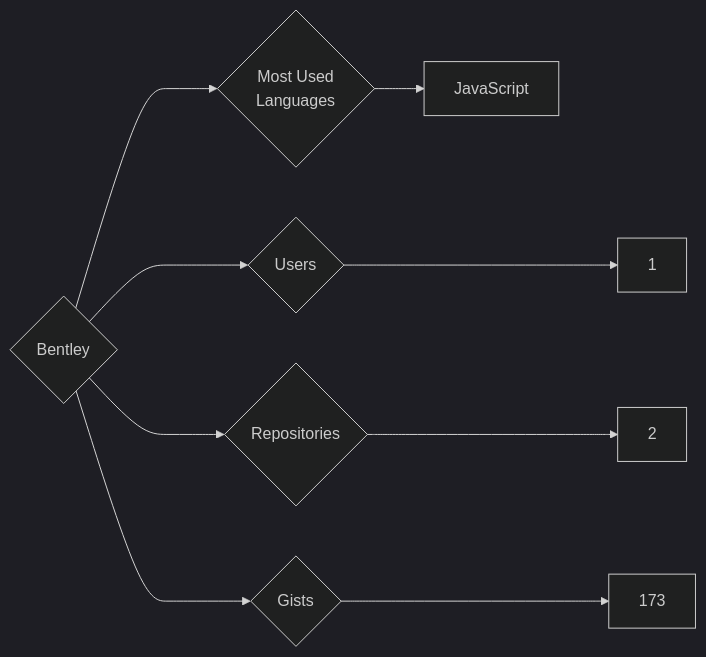
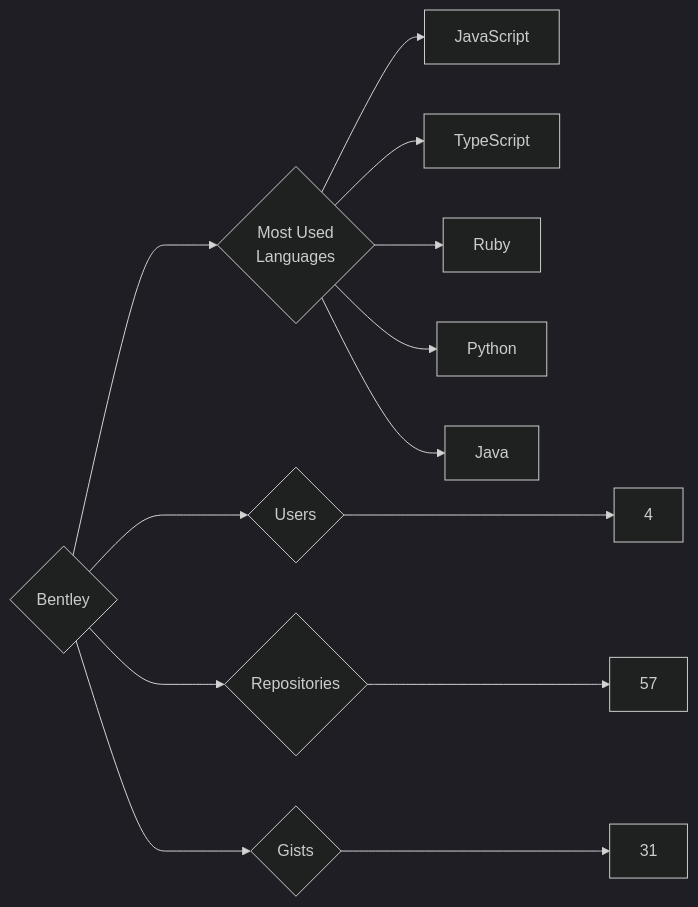
The diagram in targets/Bentley/README.md (trickest/insiders), drawn with Mermaid (dark theme) before and after one commit. The commit also changed 745 other files, not shown here.

````diff
--- a/targets/Bentley/README.md
+++ b/targets/Bentley/README.md
@@ -3,9 +3,13 @@
 ```mermaid
 graph LR
 COMPANY_NAME{Bentley}
-COMPANY_NAME ---> U{Users} ---> UN[1]
-COMPANY_NAME ---> R{Repositories} ---> RN[2]
-COMPANY_NAME ---> G{Gists} ---> GN[173]
+COMPANY_NAME ---> U{Users} ---> UN[4]
+COMPANY_NAME ---> R{Repositories} ---> RN[57]
+COMPANY_NAME ---> G{Gists} ---> GN[31]
 COMPANY_NAME ---> ML{Most Used<br>Languages}
 ML --> JavaScript[JavaScript]
+ML --> TypeScript[TypeScript]
+ML --> Ruby[Ruby]
+ML --> Python[Python]
+ML --> Java[Java]
 ```
````
